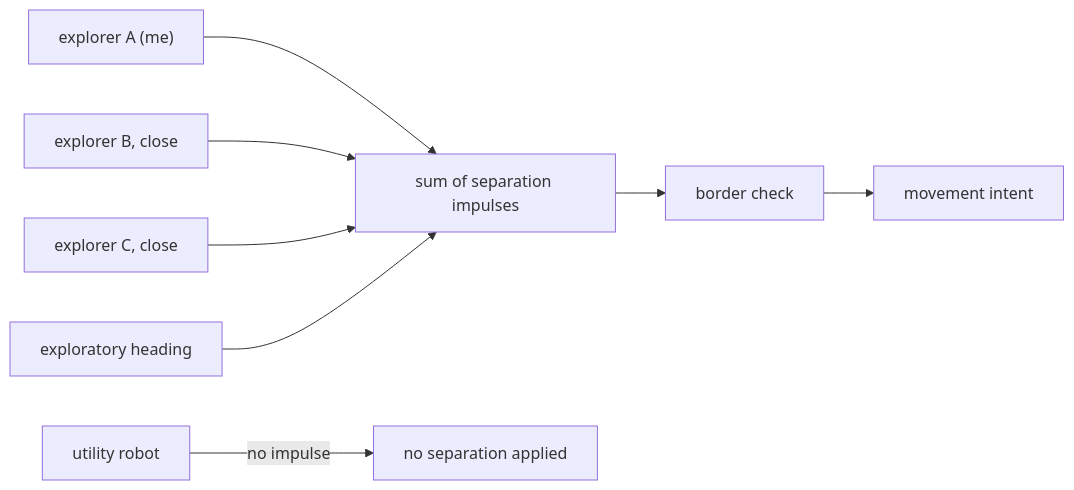
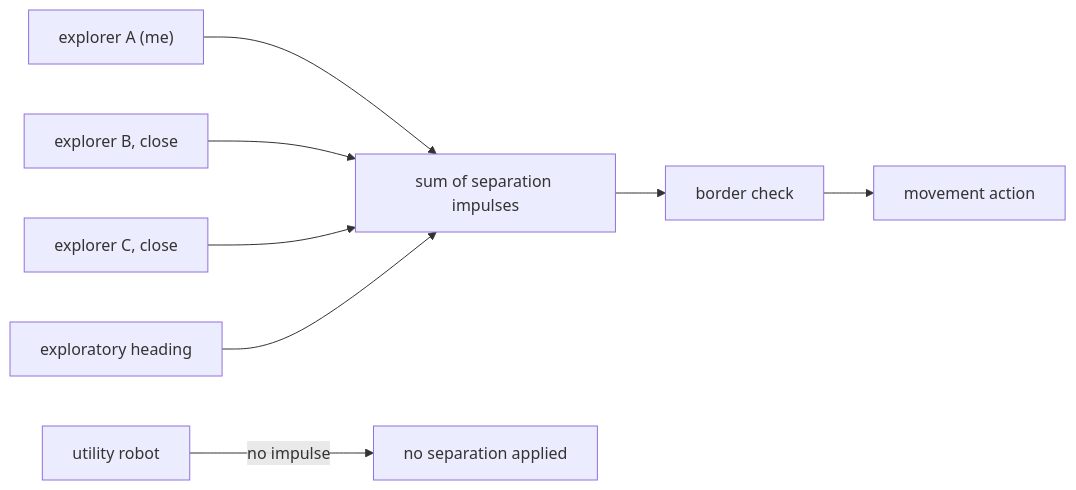
The fourth of 5 diagrams in docs/navigation-module.md (TychoGrapendaal/JIP_Swarm_Field), drawn with Mermaid before and after one commit. The commit also changed other lines of this file and 5 other files, not shown here.

````diff
--- a/docs/navigation-module.md
+++ b/docs/navigation-module.md
@@ -374,9 +197,9 @@
 ```mermaid
 flowchart LR
     E1["explorer A (me)"] --> SUM["sum of separation impulses"]
     E2["explorer B, close"] --> SUM
     E3["explorer C, close"] --> SUM
     EX["exploratory heading"] --> SUM
-    SUM --> B["border check"] --> I["movement intent"]
+    SUM --> B["border check"] --> I["movement action"]
     U["utility robot"] -- "no impulse" --> NOP["no separation applied"]
 ```
````
